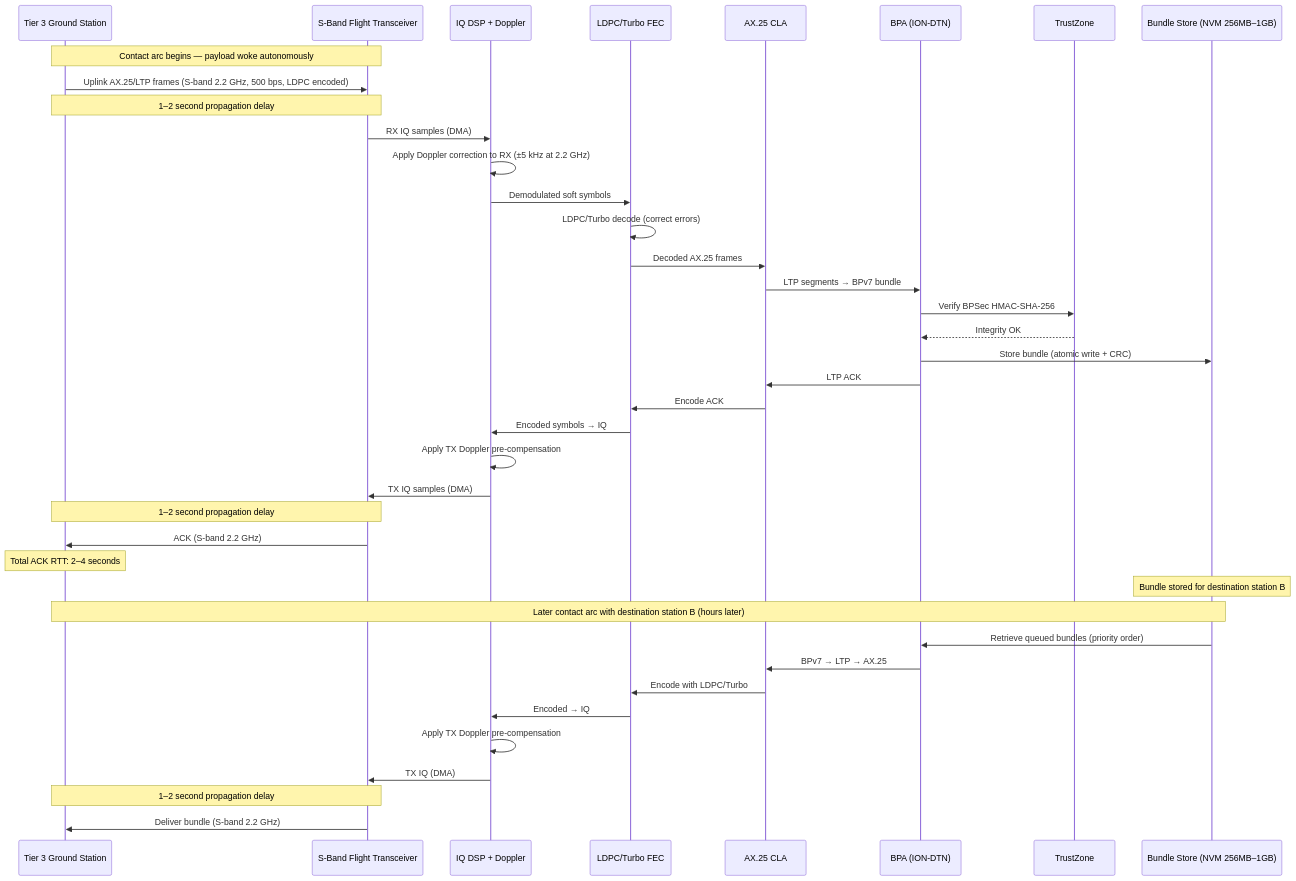
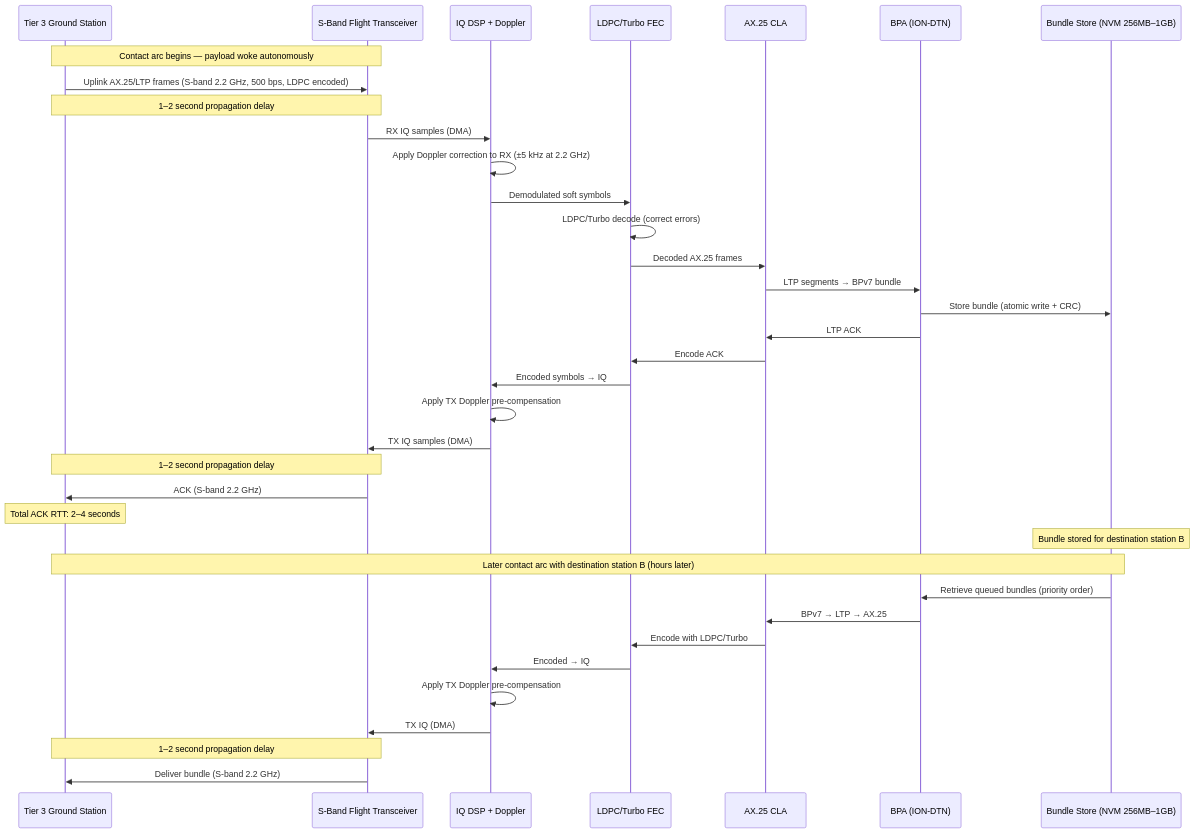
One commit to g4dpz/cislunar_proposal changed the third of 7 diagrams in docs/cislunar-phase4/design.md. Above: the diagram before and after it, drawn with Mermaid. The commit also changed other lines of this file and 39 other files, not shown here.

First line of the commit message:
Remove BPSec, TrustZone, and crypto references for amateur radio compliance

````diff
--- a/docs/cislunar-phase4/design.md
+++ b/docs/cislunar-phase4/design.md
@@ -137,44 +130,41 @@
 ```mermaid
 sequenceDiagram
     participant T3 as Tier 3 Ground Station
     participant XCVR as S-Band Flight Transceiver
     participant DSP as IQ DSP + Doppler
     participant FEC as LDPC/Turbo FEC
     participant CLA as AX.25 CLA
     participant BPA as BPA (ION-DTN)
-    participant TZ as TrustZone
     participant BS as Bundle Store (NVM 256MB–1GB)
 
     Note over T3,XCVR: Contact arc begins — payload woke autonomously
     T3->>XCVR: Uplink AX.25/LTP frames (S-band 2.2 GHz, 500 bps, LDPC encoded)
     Note over T3,XCVR: 1–2 second propagation delay
     XCVR->>DSP: RX IQ samples (DMA)
     DSP->>DSP: Apply Doppler correction to RX (±5 kHz at 2.2 GHz)
     DSP->>FEC: Demodulated soft symbols
     FEC->>FEC: LDPC/Turbo decode (correct errors)
     FEC->>CLA: Decoded AX.25 frames
     CLA->>BPA: LTP segments → BPv7 bundle
-    BPA->>TZ: Verify BPSec HMAC-SHA-256
-    TZ-->>BPA: Integrity OK
     BPA->>BS: Store bundle (atomic write + CRC)
     BPA->>CLA: LTP ACK
     CLA->>FEC: Encode ACK
     FEC->>DSP: Encoded symbols → IQ
     DSP->>DSP: Apply TX Doppler pre-compensation
     DSP->>XCVR: TX IQ samples (DMA)
     Note over XCVR,T3: 1–2 second propagation delay
     XCVR->>T3: ACK (S-band 2.2 GHz)
     Note over T3: Total ACK RTT: 2–4 seconds
 
     Note over BS: Bundle stored for destination station B
 
     Note over BS,T3: Later contact arc with destination station B (hours later)
     BS->>BPA: Retrieve queued bundles (priority order)
     BPA->>CLA: BPv7 → LTP → AX.25
     CLA->>FEC: Encode with LDPC/Turbo
     FEC->>DSP: Encoded → IQ
     DSP->>DSP: Apply TX Doppler pre-compensation
     DSP->>XCVR: TX IQ (DMA)
     Note over XCVR,T3: 1–2 second propagation delay
     XCVR->>T3: Deliver bundle (S-band 2.2 GHz)
 ```
````
